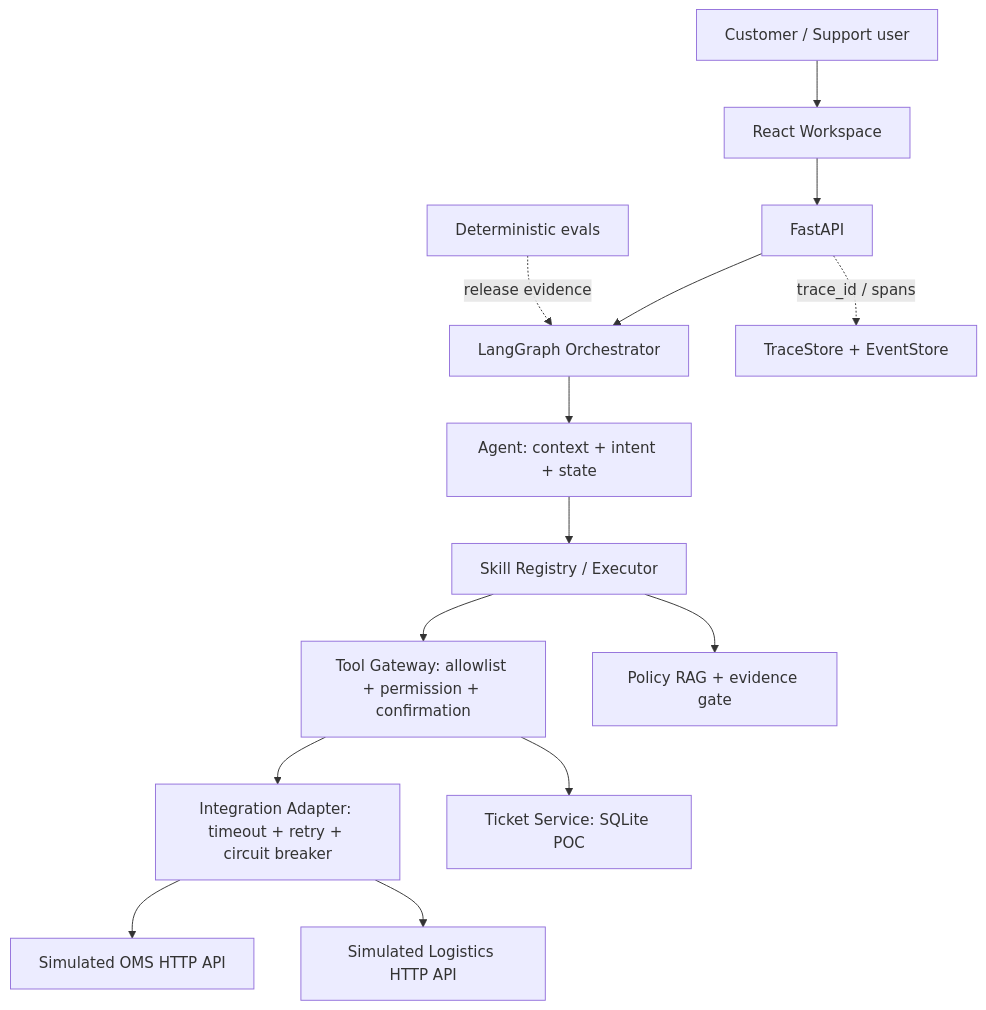
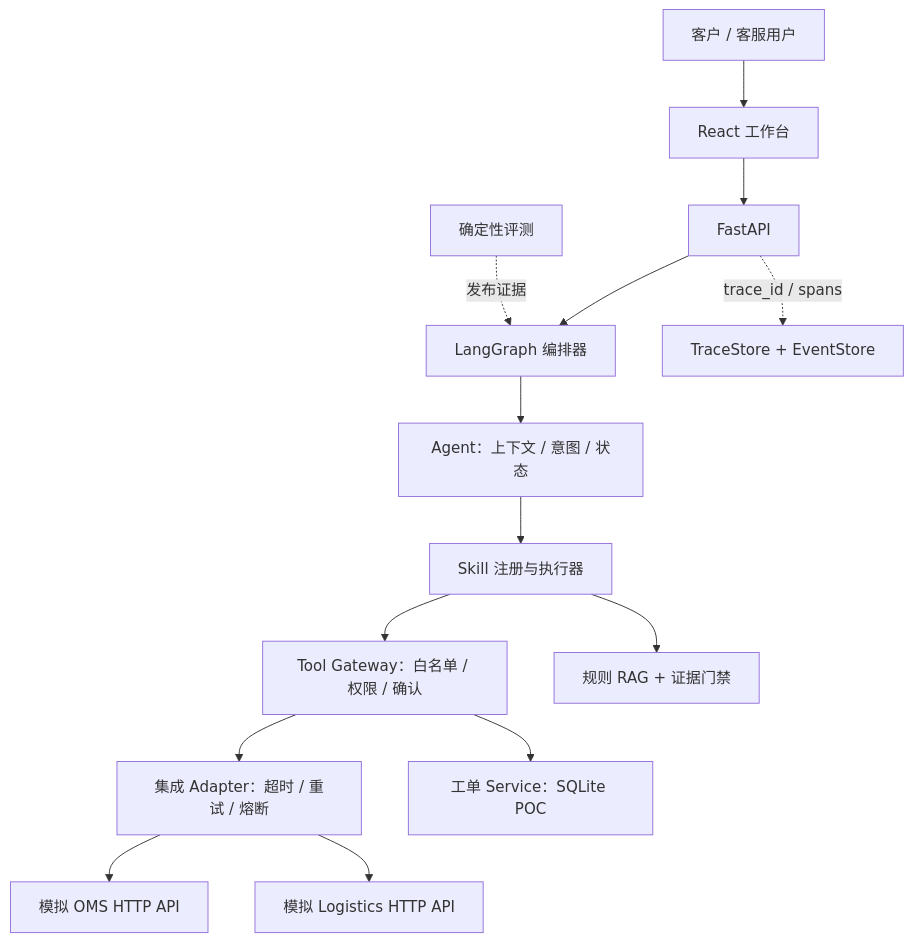
The first of 2 diagrams in README.md (jonji886/ai-support-delivery), drawn with Mermaid before and after one commit. The commit also changed other lines of this file, not shown here.

````diff
--- a/README.md
+++ b/README.md
@@ -113,16 +113,16 @@
 ```mermaid
 flowchart TB
-    U[Customer / Support user] --> W[React Workspace]
+    U[客户 / 客服用户] --> W[React 工作台]
     W --> API[FastAPI]
-    API --> G[LangGraph Orchestrator]
-    G --> A[Agent: context + intent + state]
-    A --> S[Skill Registry / Executor]
-    S --> T[Tool Gateway: allowlist + permission + confirmation]
-    T --> I[Integration Adapter: timeout + retry + circuit breaker]
-    I --> OMS[Simulated OMS HTTP API]
-    I --> LOGI[Simulated Logistics HTTP API]
-    T --> TK[Ticket Service: SQLite POC]
-    S --> RAG[Policy RAG + evidence gate]
+    API --> G[LangGraph 编排器]
+    G --> A[Agent：上下文 / 意图 / 状态]
+    A --> S[Skill 注册与执行器]
+    S --> T[Tool Gateway：白名单 / 权限 / 确认]
+    T --> I[集成 Adapter：超时 / 重试 / 熔断]
+    I --> OMS[模拟 OMS HTTP API]
+    I --> LOGI[模拟 Logistics HTTP API]
+    T --> TK[工单 Service：SQLite POC]
+    S --> RAG[规则 RAG + 证据门禁]
     API -. trace_id / spans .-> OBS[TraceStore + EventStore]
-    EVAL[Deterministic evals] -. release evidence .-> G
+    EVAL[确定性评测] -. 发布证据 .-> G
 ```
````
